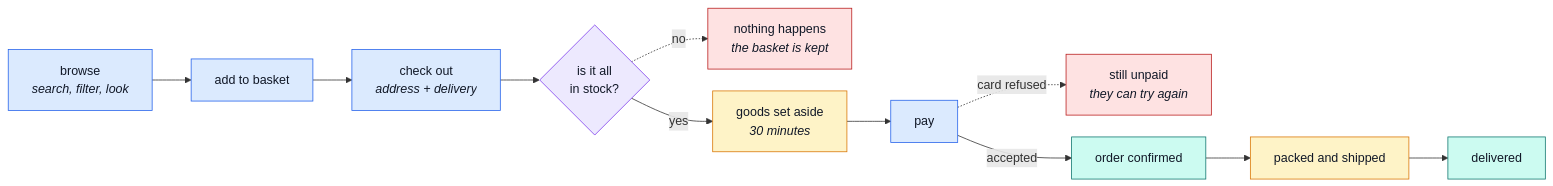
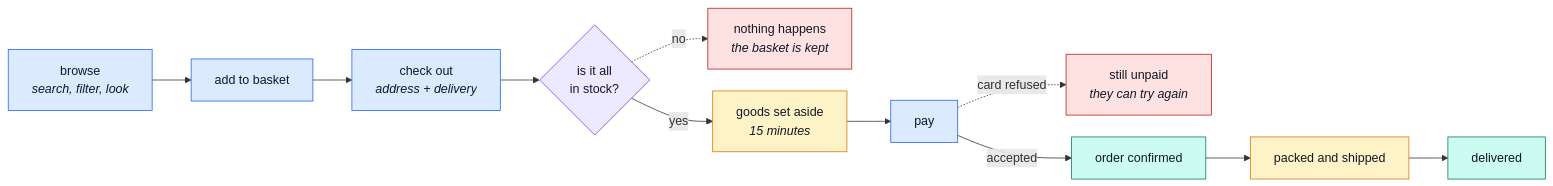
The first of 3 diagrams in docs/demo-ecommerce/shopper.md (Guebbit/boilerplate-node-backend), drawn with Mermaid before and after one commit. The commit also changed other lines of this file and 130 other files, not shown here.

````diff
--- a/docs/demo-ecommerce/shopper.md
+++ b/docs/demo-ecommerce/shopper.md
@@ -7,25 +7,25 @@
 ```mermaid
 %%{init: {'flowchart': {'nodeSpacing': 28, 'rankSpacing': 50}}}%%
 flowchart LR
     A["browse<br/><i>search, filter, look</i>"] --> B["add to basket"]
     B --> C["check out<br/><i>address + delivery</i>"]
     C --> D{"is it all<br/>in stock?"}
     D -.->|no| E["nothing happens<br/><i>the basket is kept</i>"]
-    D -->|yes| F["goods set aside<br/><i>30 minutes</i>"]
+    D -->|yes| F["goods set aside<br/><i>15 minutes</i>"]
     F --> G["pay"]
     G -.->|card refused| H["still unpaid<br/><i>they can try again</i>"]
     G -->|accepted| I["order confirmed"]
     I --> J["packed and shipped"]
     J --> K["delivered"]
 
     classDef act fill:#dbeafe,stroke:#2563eb,color:#111827;
     classDef check fill:#ede9fe,stroke:#7c3aed,color:#111827;
     classDef shop fill:#fef3c7,stroke:#d97706,color:#111827;
     classDef done fill:#ccfbf1,stroke:#0f766e,color:#111827;
     classDef bad fill:#fee2e2,stroke:#b91c1c,color:#111827;
     class A,B,C,G act;
     class D check;
     class F,J shop;
     class I,K done;
     class E,H bad;
 ```
````
